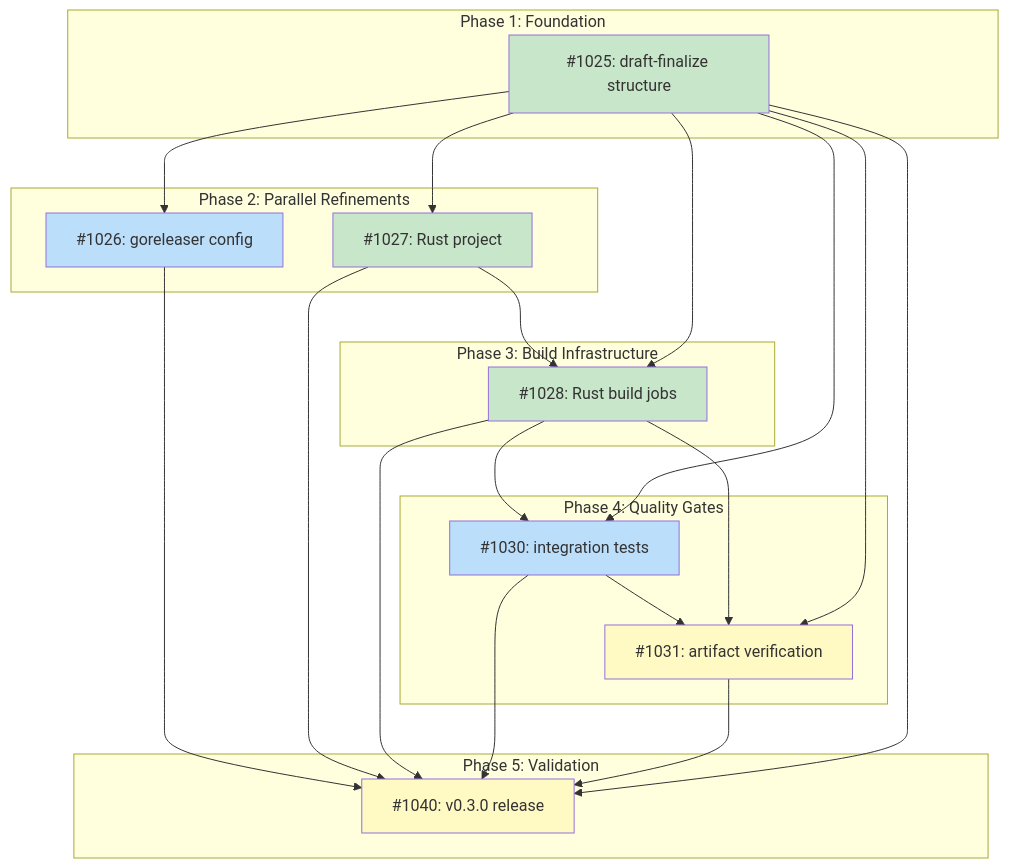
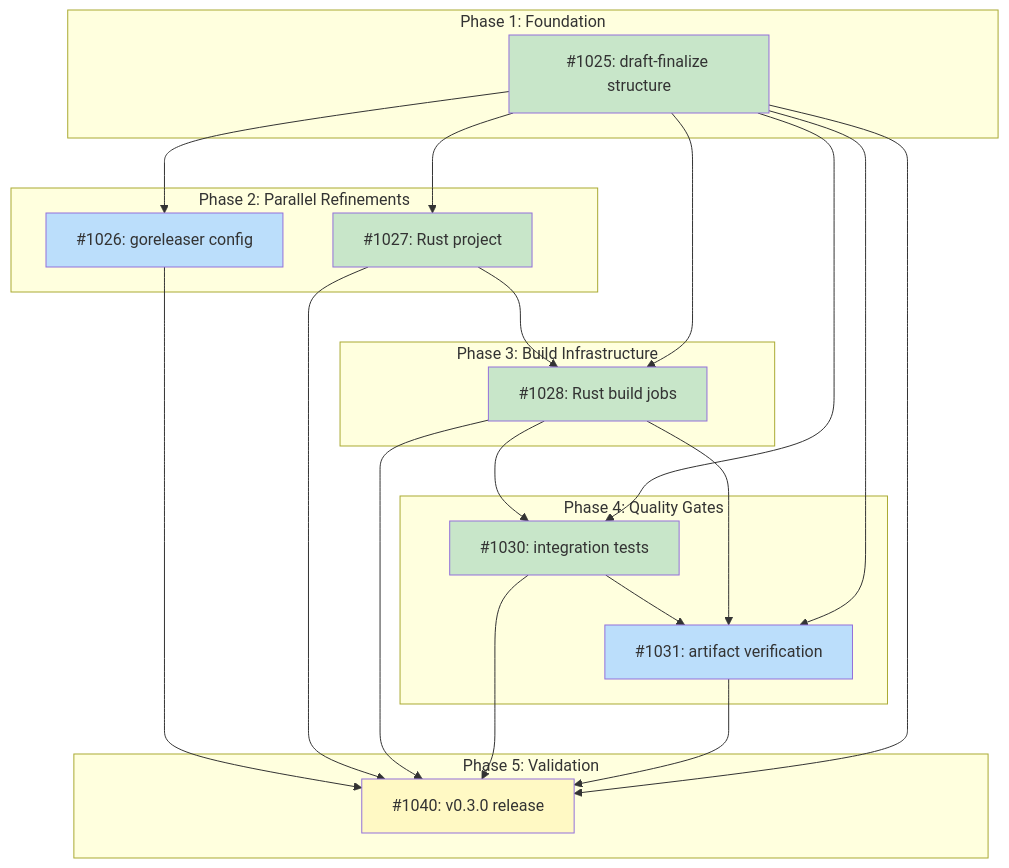
Before and after one commit to tsukumogami/tsuku: the diagram in docs/designs/DESIGN-release-workflow-native.md, drawn with Mermaid. The commit also changed 1 other file, not shown here.

Commit message:
chore(release): add integration test job (#1054)
Add integration-test job to the release workflow that validates built
binaries on native platforms before finalize-release runs. The job
downloads tsuku and tsuku-dltest binaries from the draft release and
validates their version output matches the release tag.

The job runs as a 4-platform matrix (linux-amd64, linux-arm64,
darwin-amd64, darwin-arm64) after all build jobs complete.
finalize-release now depends solely on integration-test, which
transitively depends on all build jobs.

````diff
--- a/docs/designs/DESIGN-release-workflow-native.md
+++ b/docs/designs/DESIGN-release-workflow-native.md
@@ -28,50 +28,49 @@
 ```mermaid
 graph TD
     subgraph Phase1["Phase 1: Foundation"]
         I1025["#1025: draft-finalize structure"]
     end
 
     subgraph Phase2["Phase 2: Parallel Refinements"]
         I1026["#1026: goreleaser config"]
         I1027["#1027: Rust project"]
     end
 
     subgraph Phase3["Phase 3: Build Infrastructure"]
         I1028["#1028: Rust build jobs"]
     end
 
     subgraph Phase4["Phase 4: Quality Gates"]
         I1030["#1030: integration tests"]
         I1031["#1031: artifact verification"]
     end
 
     subgraph Phase5["Phase 5: Validation"]
         I1040["#1040: v0.3.0 release"]
     end
 
     I1025 --> I1026
     I1025 --> I1027
     I1027 --> I1028
     I1025 --> I1028
     I1028 --> I1030
     I1025 --> I1030
     I1030 --> I1031
     I1028 --> I1031
     I1025 --> I1031
     I1026 --> I1040
     I1027 --> I1040
     I1028 --> I1040
     I1030 --> I1040
     I1031 --> I1040
     I1025 --> I1040
 
     classDef done fill:#c8e6c9
     classDef ready fill:#bbdefb
     classDef blocked fill:#fff9c4
     classDef needsDesign fill:#e1bee7
 
-    class I1025,I1027,I1028 done
-    class I1026,I1030 ready
-    class I1031 blocked
+    class I1025,I1027,I1028,I1030 done
+    class I1026,I1031 ready
     class I1040 blocked
 ```
````
